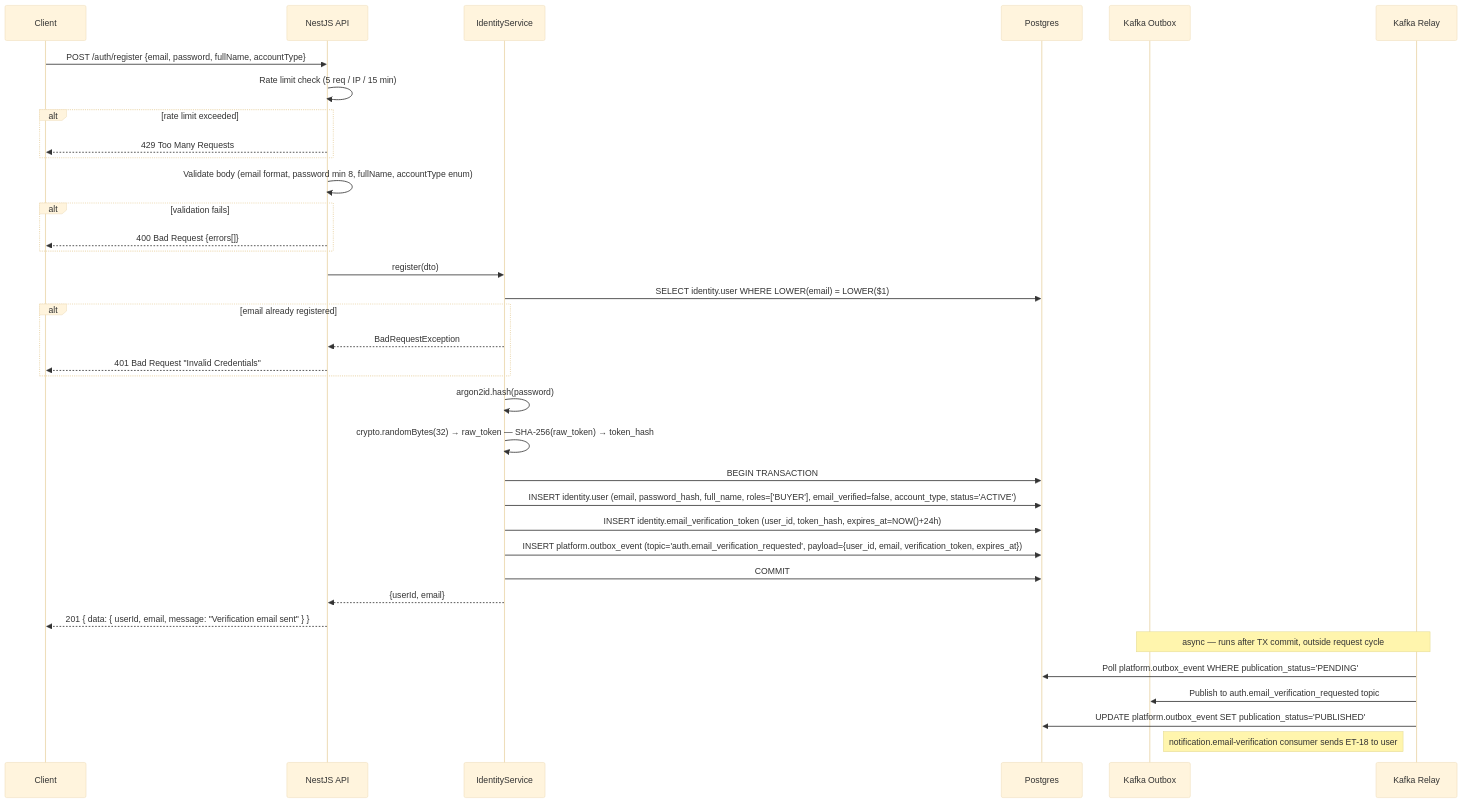
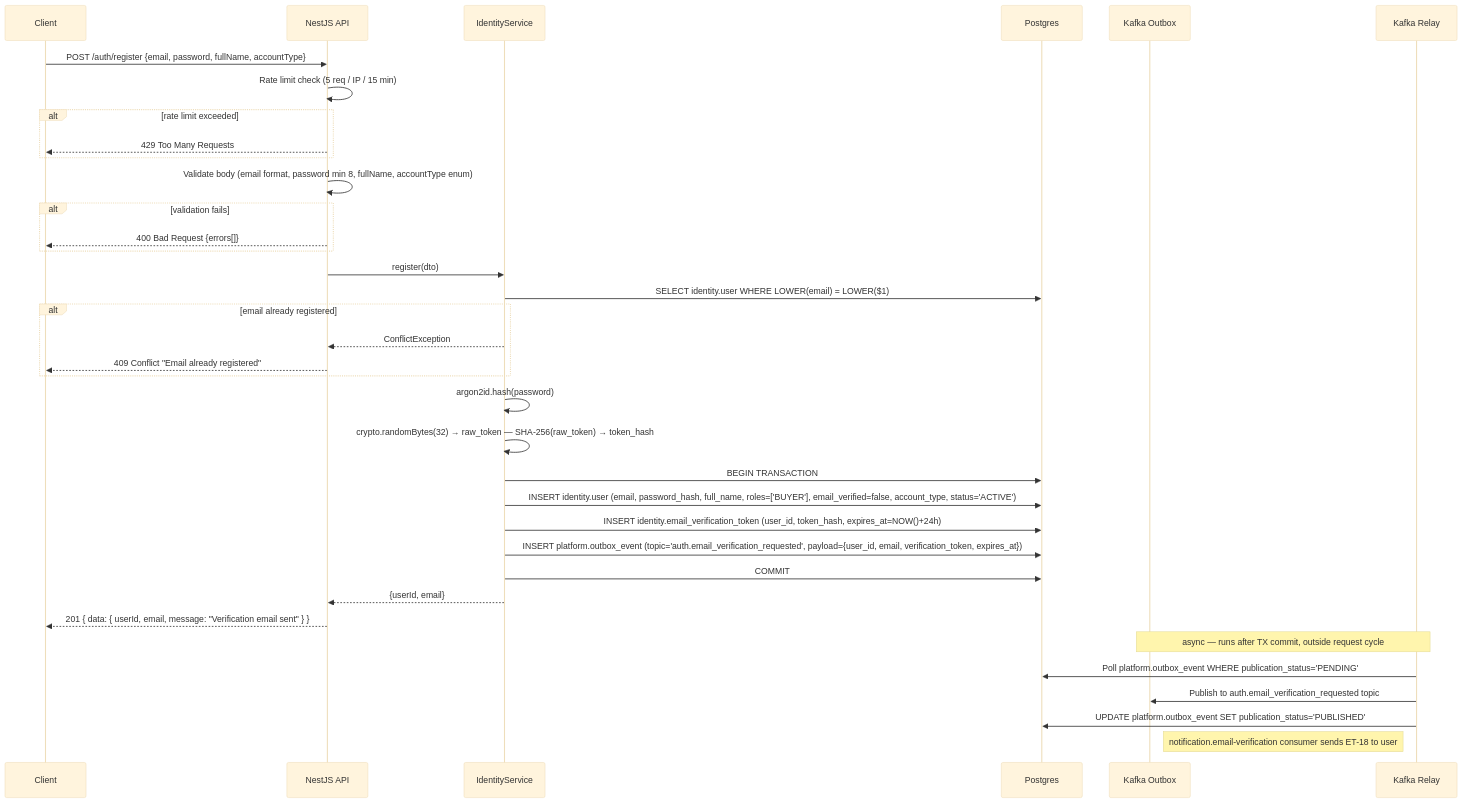
One commit to alisa-uthi/aliceut-ecom-document changed the first of 13 diagrams in phase-1/technical-design/api-design/auth.md. Above: the diagram before and after it, drawn with Mermaid (base theme). The commit also changed other lines of this file and 35 other files, not shown here.

````diff
--- a/phase-1/technical-design/api-design/auth.md
+++ b/phase-1/technical-design/api-design/auth.md
@@ -95,46 +95,46 @@
 ```mermaid
 sequenceDiagram
     participant C as Client
     participant A as NestJS API
     participant IS as IdentityService
     participant PG as Postgres
     participant KO as Kafka Outbox
     participant KR as Kafka Relay
 
     C->>A: POST /auth/register {email, password, fullName, accountType}
 
     A->>A: Rate limit check (5 req / IP / 15 min)
     alt rate limit exceeded
         A-->>C: 429 Too Many Requests
     end
 
     A->>A: Validate body (email format, password min 8, fullName, accountType enum)
     alt validation fails
         A-->>C: 400 Bad Request {errors[]}
     end
 
     A->>IS: register(dto)
     IS->>PG: SELECT identity.user WHERE LOWER(email) = LOWER($1)
     alt email already registered
-        IS-->>A: BadRequestException
-        A-->>C: 401 Bad Request "Invalid Credentials"
+        IS-->>A: ConflictException
+        A-->>C: 409 Conflict "Email already registered"
     end
 
     IS->>IS: argon2id.hash(password)
     IS->>IS: crypto.randomBytes(32) → raw_token — SHA-256(raw_token) → token_hash
 
     IS->>PG: BEGIN TRANSACTION
     IS->>PG: INSERT identity.user (email, password_hash, full_name, roles=['BUYER'], email_verified=false, account_type, status='ACTIVE')
     IS->>PG: INSERT identity.email_verification_token (user_id, token_hash, expires_at=NOW()+24h)
     IS->>PG: INSERT platform.outbox_event (topic='auth.email_verification_requested', payload={user_id, email, verification_token, expires_at})
     IS->>PG: COMMIT
 
     IS-->>A: {userId, email}
     A-->>C: 201 { data: { userId, email, message: "Verification email sent" } }
 
     Note over KO,KR: async — runs after TX commit, outside request cycle
     KR->>PG: Poll platform.outbox_event WHERE publication_status='PENDING'
     KR->>KO: Publish to auth.email_verification_requested topic
     KR->>PG: UPDATE platform.outbox_event SET publication_status='PUBLISHED'
     Note right of KO: notification.email-verification consumer sends ET-18 to user
 ```
````
